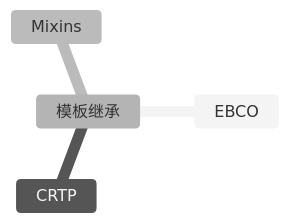
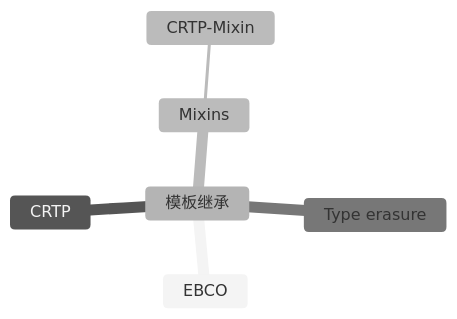
The diagram in docs/程序/C++/语法/模板/模板继承.md (jishuguang/library), drawn with Mermaid (neutral theme) before and after one commit. The commit also changed other lines of this file and 2 other files, not shown here.

````diff
--- a/docs/程序/C++/语法/模板/模板继承.md
+++ b/docs/程序/C++/语法/模板/模板继承.md
@@ -3,7 +3,9 @@
 ```{mermaid}
 mindmap
 模板继承
     EBCO
     CRTP
     Mixins
+        CRTP-Mixin
+    Type erasure
 ```
````
